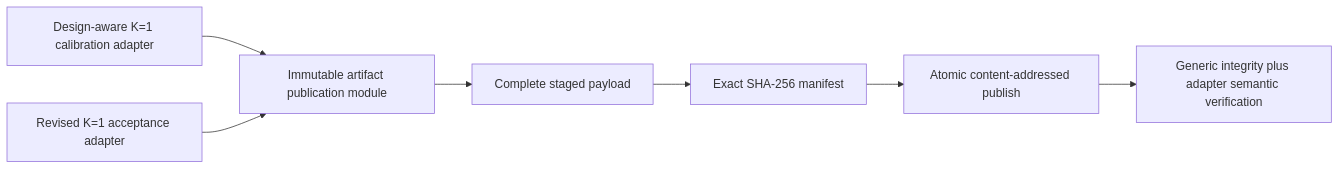
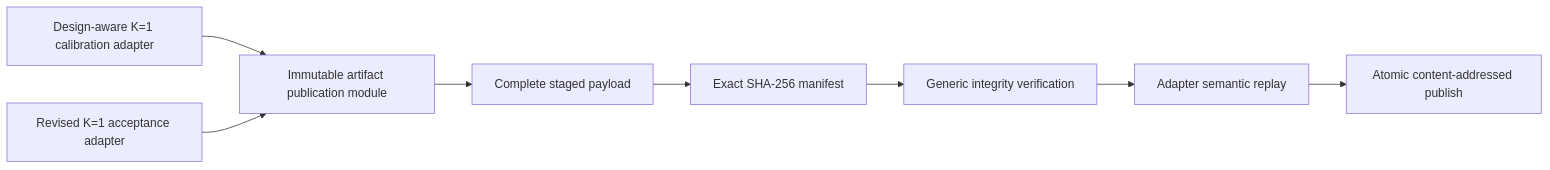
One commit to drejom/landscapeR changed the diagram in .github/landing-proof/issue-209/README.md. Above: the diagram before and after it, drawn with Mermaid. The commit also changed 2 other files, not shown here.

Commit message:
Enforce artifact integrity on address reuse (#209)

````diff
--- a/.github/landing-proof/issue-209/README.md
+++ b/.github/landing-proof/issue-209/README.md
@@ -6,9 +6,10 @@
 ```mermaid
 flowchart LR
   C[Design-aware K=1 calibration adapter] --> P[Immutable artifact publication module]
   R[Revised K=1 acceptance adapter] --> P
   P --> S[Complete staged payload]
   S --> M[Exact SHA-256 manifest]
-  M --> A[Atomic content-addressed publish]
-  A --> V[Generic integrity plus adapter semantic verification]
+  M --> V[Generic integrity verification]
+  V --> R2[Adapter semantic replay]
+  R2 --> A[Atomic content-addressed publish]
 ```
````
